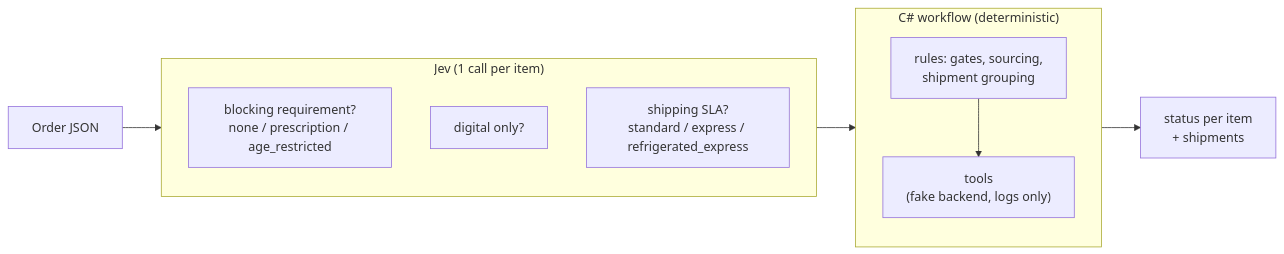
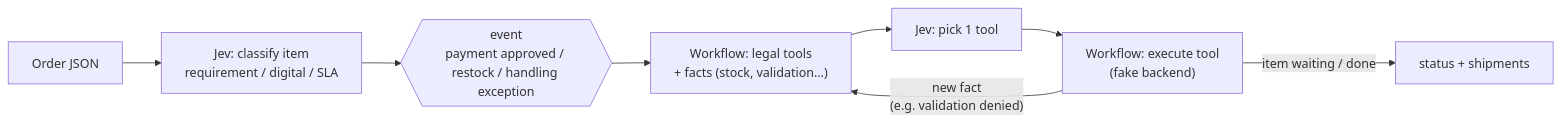
Before and after one commit to fredppm/jev-wf: the first of 2 diagrams in README.md, drawn with Mermaid. The commit also changed other lines of this file and 28 other files, not shown here.

First line of the commit message:
Jev picks the item-level tool at each decision point

````diff
--- a/README.md
+++ b/README.md
@@ -7,14 +7,10 @@
 ```mermaid
 flowchart LR
-    A[Order JSON] --> J
-    subgraph J["Jev (1 call per item)"]
-        Q1["blocking requirement?<br/>none / prescription / age_restricted"]
-        Q2["digital only?"]
-        Q3["shipping SLA?<br/>standard / express / refrigerated_express"]
-    end
-    J --> W
-    subgraph W["C# workflow (deterministic)"]
-        R["rules: gates, sourcing,<br/>shipment grouping"] --> T["tools<br/>(fake backend, logs only)"]
-    end
-    W --> O["status per item<br/>+ shipments"]
+    A[Order JSON] --> C["Jev: classify item<br/>requirement / digital / SLA"]
+    C --> E{{"event<br/>payment approved / restock / handling exception"}}
+    E --> G["Workflow: legal tools<br/>+ facts (stock, validation...)"]
+    G --> J["Jev: pick 1 tool"]
+    J --> X["Workflow: execute tool<br/>(fake backend)"]
+    X -- "new fact<br/>(e.g. validation denied)" --> G
+    X -- "item waiting / done" --> O[status + shipments]
 ```
````
